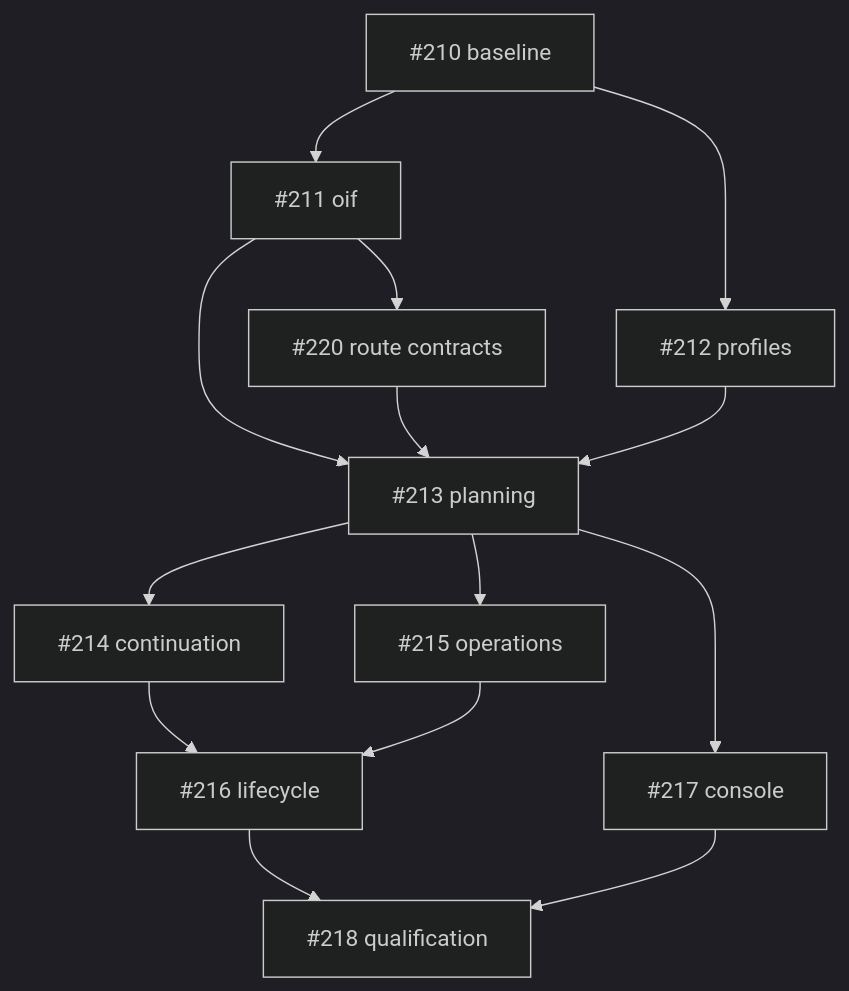
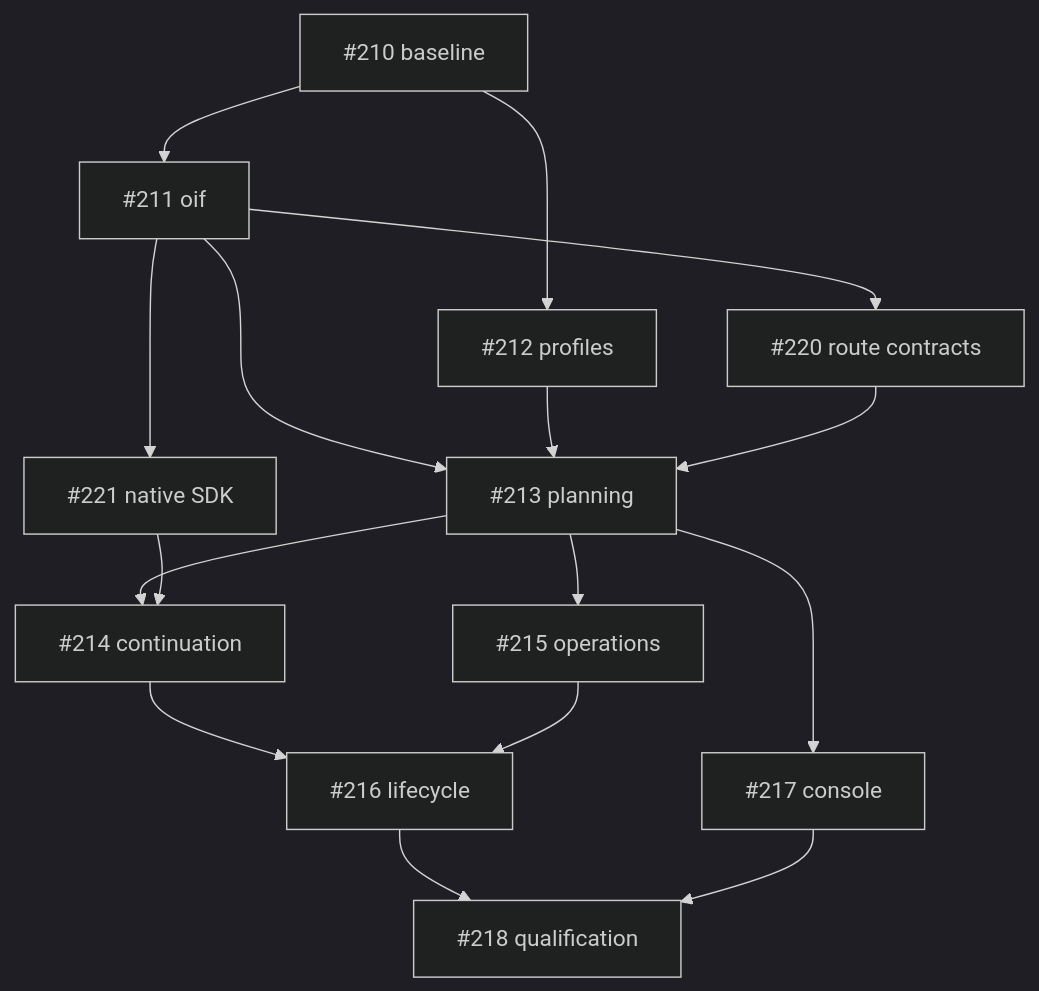
One commit to tyk-swe/olp changed the diagram in docs/implementation/oif.md. Above: the diagram before and after it, drawn with Mermaid (dark theme). The commit also changed other lines of this file, not shown here.

Commit message:
Track independent native SDK continuation qualification

````diff
--- a/docs/implementation/oif.md
+++ b/docs/implementation/oif.md
@@ -7,26 +7,29 @@
 ```mermaid
 graph TD
   baseline["#210 baseline"]
   oif["#211 oif"]
   baseline --> oif
   profiles["#212 profiles"]
   baseline --> profiles
   planning["#213 planning"]
   oif --> planning
   profiles --> planning
   route_contracts["#220 route contracts"]
   oif --> route_contracts
   route_contracts --> planning
   continuation["#214 continuation"]
   planning --> continuation
+  native_sdk["#221 native SDK"]
+  oif --> native_sdk
+  native_sdk --> continuation
   operations["#215 operations"]
   planning --> operations
   lifecycle["#216 lifecycle"]
   continuation --> lifecycle
   operations --> lifecycle
   console["#217 console"]
   planning --> console
   qualification["#218 qualification"]
   lifecycle --> qualification
   console --> qualification
 ```
````
